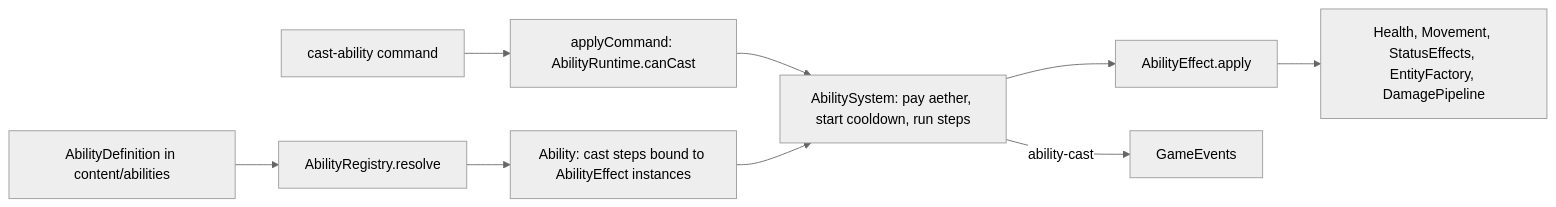
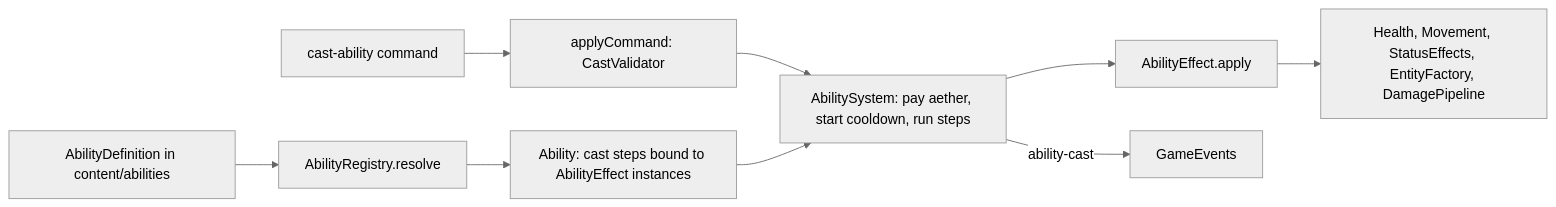
One commit to SamarjitBhogal/eternalus changed the diagram in docs/architecture/05-abilities-weapons-and-loadouts.md. Above: the diagram before and after it, drawn with Mermaid (neutral theme). The commit also changed other lines of this file and 17 other files, not shown here.

````diff
--- a/docs/architecture/05-abilities-weapons-and-loadouts.md
+++ b/docs/architecture/05-abilities-weapons-and-loadouts.md
@@ -58,11 +59,11 @@
 ```mermaid
 flowchart LR
   DEF[AbilityDefinition in content/abilities] --> REG[AbilityRegistry.resolve]
   REG --> AB[Ability: cast steps bound to AbilityEffect instances]
-  CMD[cast-ability command] --> APPLY[applyCommand: AbilityRuntime.canCast]
+  CMD[cast-ability command] --> APPLY[applyCommand: CastValidator]
   APPLY --> SYS[AbilitySystem: pay aether, start cooldown, run steps]
   AB --> SYS
   SYS --> EFF[AbilityEffect.apply]
   EFF --> COMP[Health, Movement, StatusEffects, EntityFactory, DamagePipeline]
   SYS -->|ability-cast| EV[GameEvents]
 ```
````
